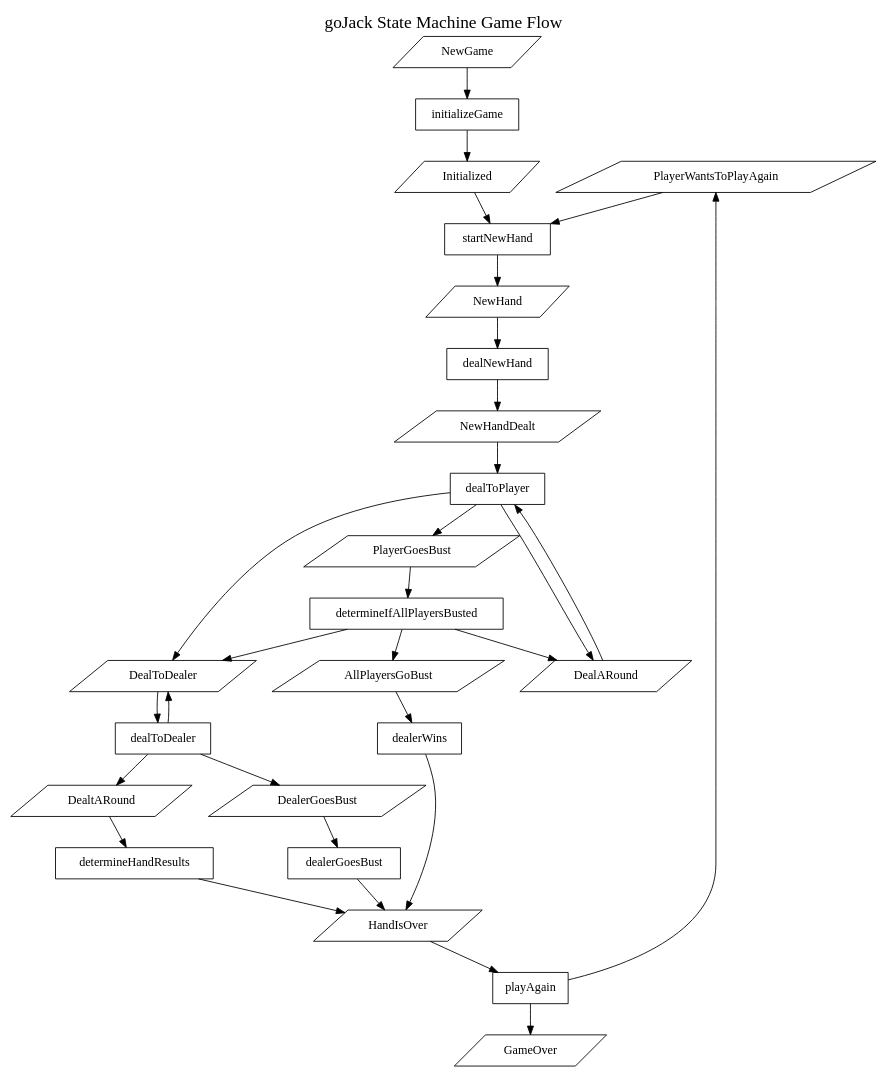
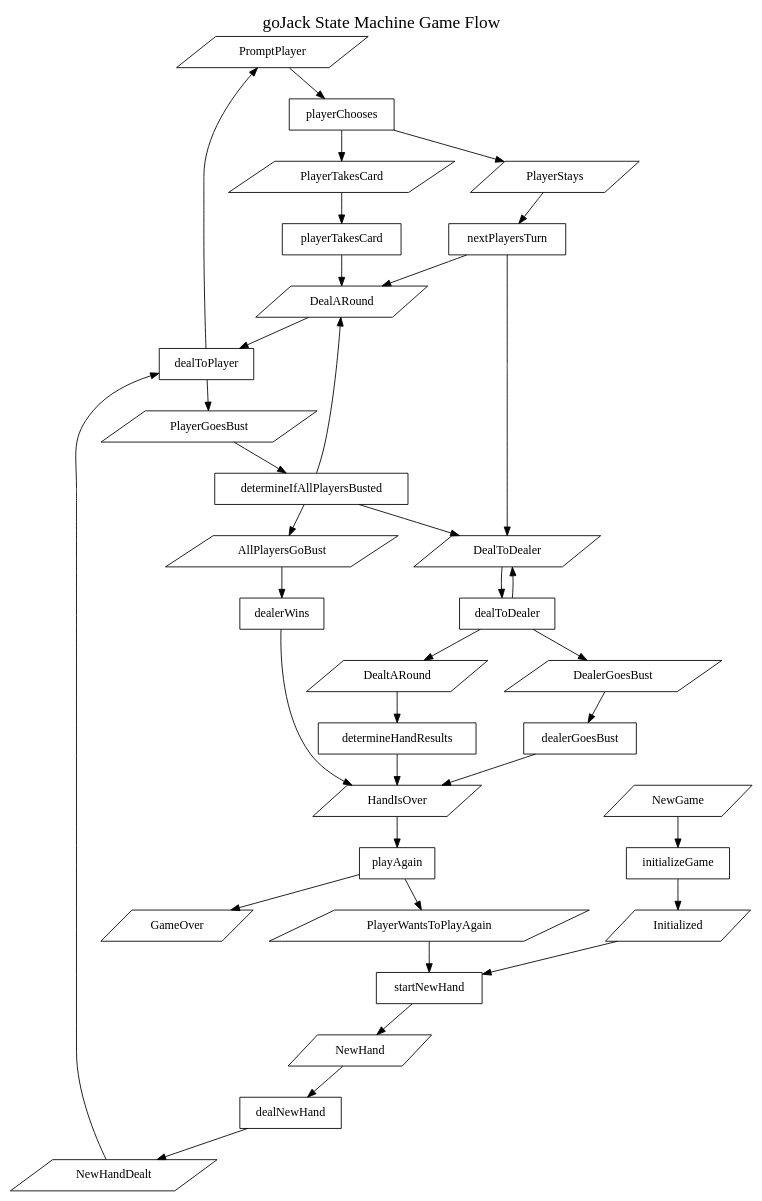
Before and after one commit to matthewapeters/goJack: the diagram in dot/state-diagram.dot, drawn with Graphviz. The commit also changed 3 other files, not shown here.

```diff
--- a/dot/state-diagram.dot
+++ b/dot/state-diagram.dot
@@ -1,48 +1,57 @@
 
 #
 # This file is created through the execution of graph-game
 # do not edit this file.
 #
 # Copyright (c) Matthew Peters, 2023
 #
 digraph {
     labelloc=t
     fontsize=20
     label="goJack State Machine Game Flow"
     rankdir="TB"
+    PromptPlayer [shape="parallelogram"]
     PlayerWantsToPlayAgain [shape="parallelogram"]
+    PlayerTakesCard [shape="parallelogram"]
+    PlayerStays [shape="parallelogram"]
     PlayerGoesBust [shape="parallelogram"]
     NewHandDealt [shape="parallelogram"]
     NewHand [shape="parallelogram"]
     NewGame [shape="parallelogram"]
     Initialized [shape="parallelogram"]
     HandIsOver [shape="parallelogram"]
     GameOver [shape="parallelogram"]
     DealtARound [shape="parallelogram"]
     DealerGoesBust [shape="parallelogram"]
     DealToDealer [shape="parallelogram"]
     DealARound [shape="parallelogram"]
     AllPlayersGoBust [shape="parallelogram"]
 
     playAgain [shape="box"]
     determineHandResults [shape="box"]
     dealerWins [shape="box"]
     dealerGoesBust [shape="box"]
     determineIfAllPlayersBusted [shape="box"]
     dealToDealer [shape="box"]
+    nextPlayersTurn [shape="box"]
+    playerTakesCard [shape="box"]
+    playerChooses [shape="box"]
     dealToPlayer [shape="box"]
     dealNewHand [shape="box"]
     startNewHand [shape="box"]
     initializeGame [shape="box"]
 
     { HandIsOver } -> playAgain -> { PlayerWantsToPlayAgain GameOver }
     { DealtARound } -> determineHandResults -> { HandIsOver }
     { AllPlayersGoBust } -> dealerWins -> { HandIsOver }
     { DealerGoesBust } -> dealerGoesBust -> { HandIsOver }
     { PlayerGoesBust } -> determineIfAllPlayersBusted -> { DealARound DealToDealer AllPlayersGoBust }
     { DealToDealer } -> dealToDealer -> { DealToDealer DealtARound DealerGoesBust }
-    { DealARound NewHandDealt } -> dealToPlayer -> { DealARound PlayerGoesBust DealToDealer }
+    { PlayerStays } -> nextPlayersTurn -> { DealARound DealToDealer }
+    { PlayerTakesCard } -> playerTakesCard -> { DealARound }
+    { PromptPlayer } -> playerChooses -> { PlayerTakesCard PlayerStays }
+    { DealARound NewHandDealt } -> dealToPlayer -> { PlayerGoesBust PromptPlayer }
     { NewHand } -> dealNewHand -> { NewHandDealt }
     { Initialized PlayerWantsToPlayAgain } -> startNewHand -> { NewHand }
     { NewGame } -> initializeGame -> { Initialized }
 }
```
